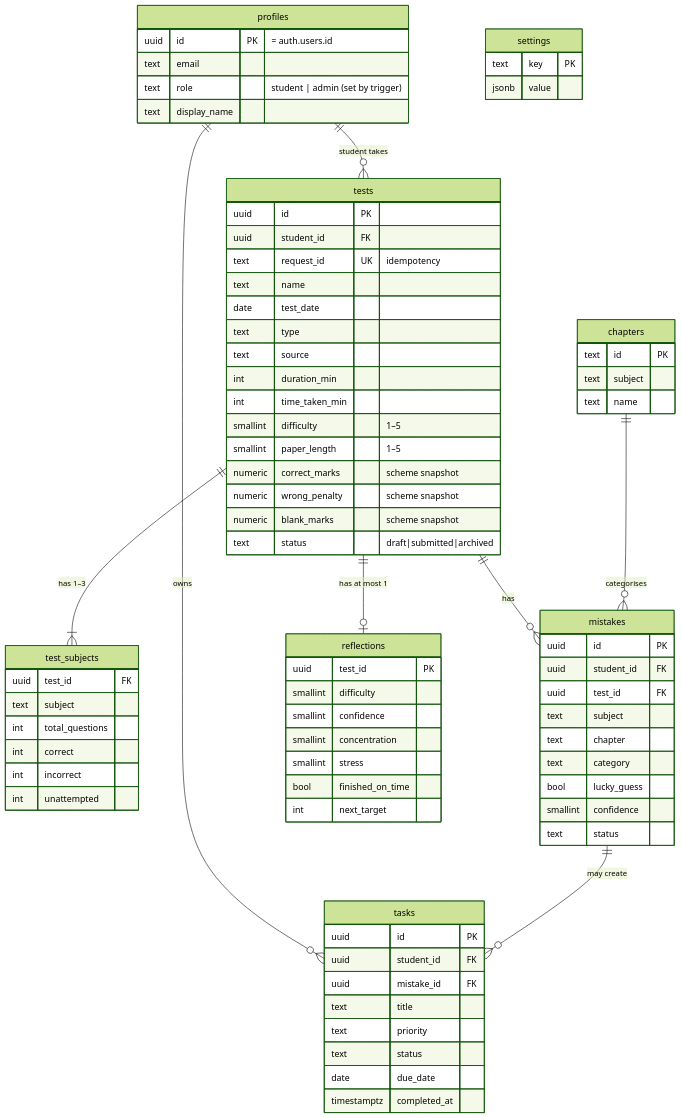
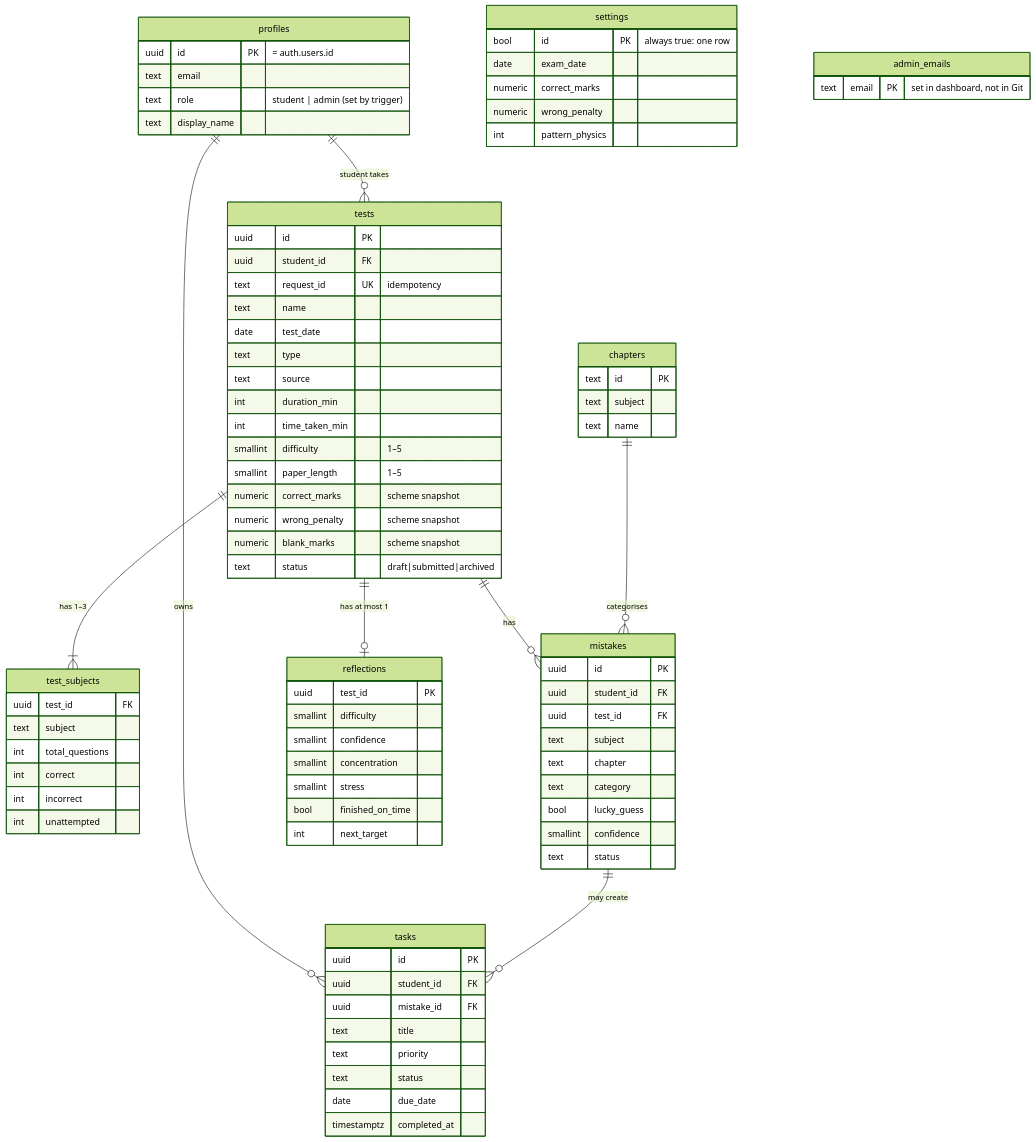
Before and after one commit to AbhiRajjjj-code/HitNeet: the diagram in docs/05-database-schema.md, drawn with Mermaid (forest theme). The commit also changed other lines of this file and 4 other files, not shown here.

````diff
--- a/docs/05-database-schema.md
+++ b/docs/05-database-schema.md
@@ -79,7 +84,13 @@
     text name
   }
   settings {
-    text key PK
-    jsonb value
+    bool id PK "always true: one row"
+    date exam_date
+    numeric correct_marks
+    numeric wrong_penalty
+    int pattern_physics
+  }
+  admin_emails {
+    text email PK "set in dashboard, not in Git"
   }
 ```
````
